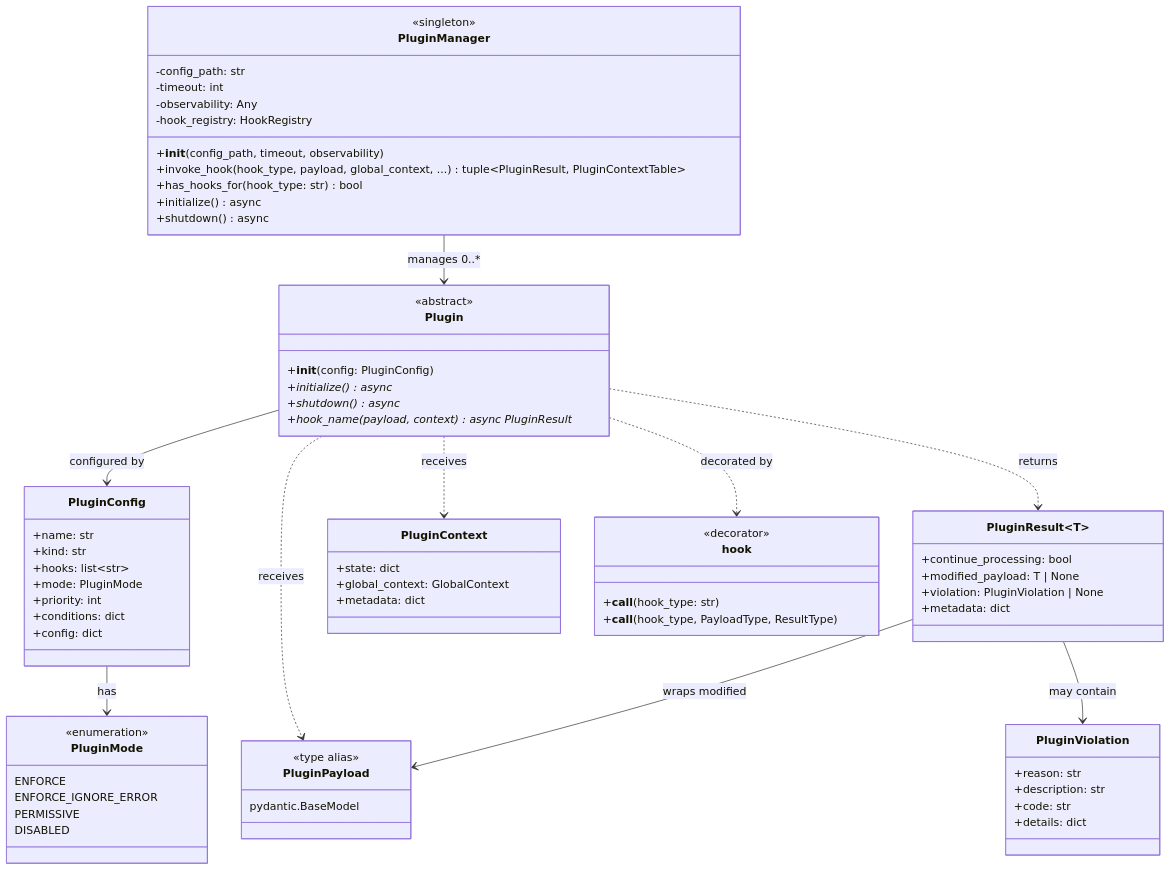
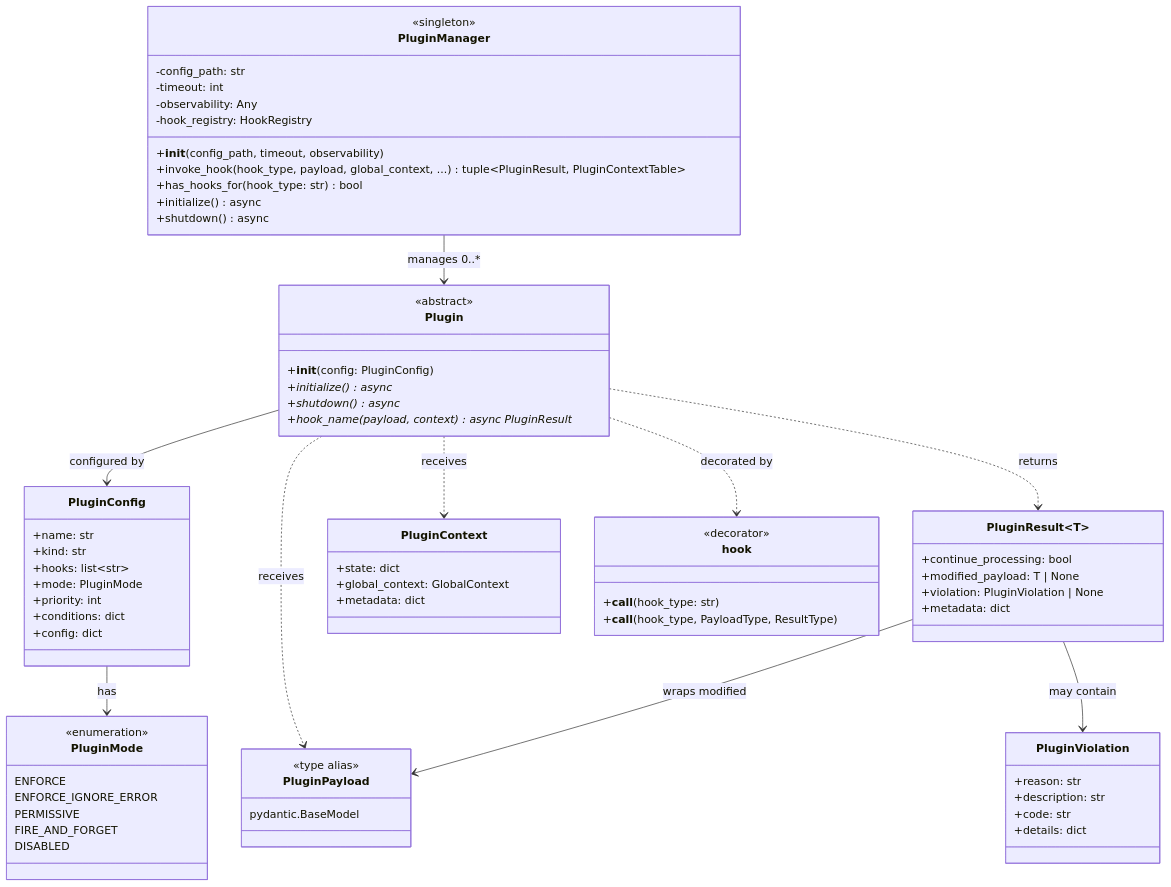
One commit to araujof/mellea changed the diagram in docs/dev/hook_system_implementation_plan.md. Above: the diagram before and after it, drawn with Mermaid. The commit also changed other lines of this file and 1 other file, not shown here.

```diff
--- a/docs/dev/hook_system_implementation_plan.md
+++ b/docs/dev/hook_system_implementation_plan.md
@@ -86,6 +93,7 @@
           ENFORCE
           ENFORCE_IGNORE_ERROR
           PERMISSIVE
+          FIRE_AND_FORGET
           DISABLED
       }
 
```
